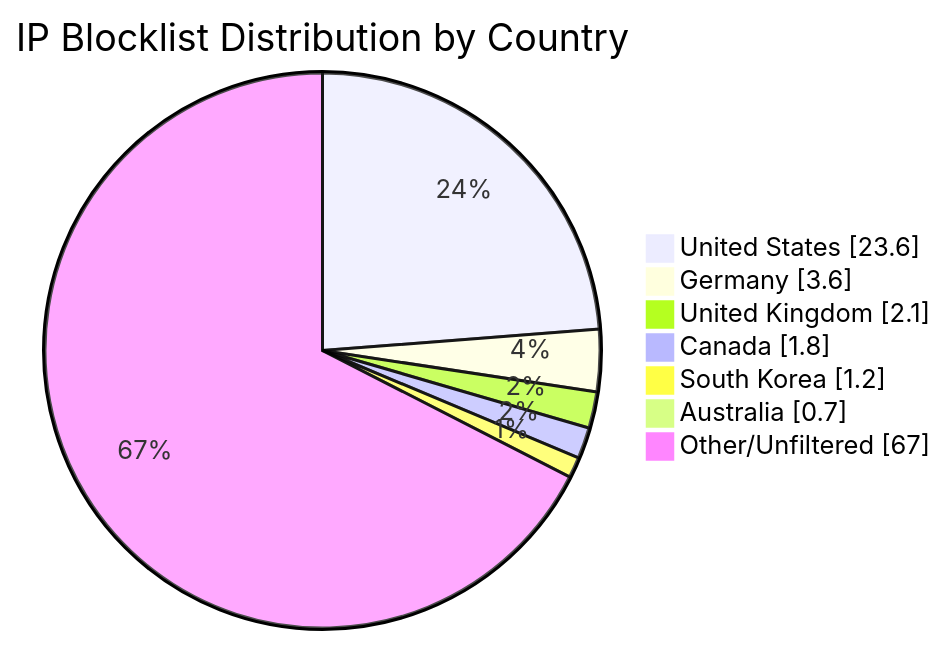
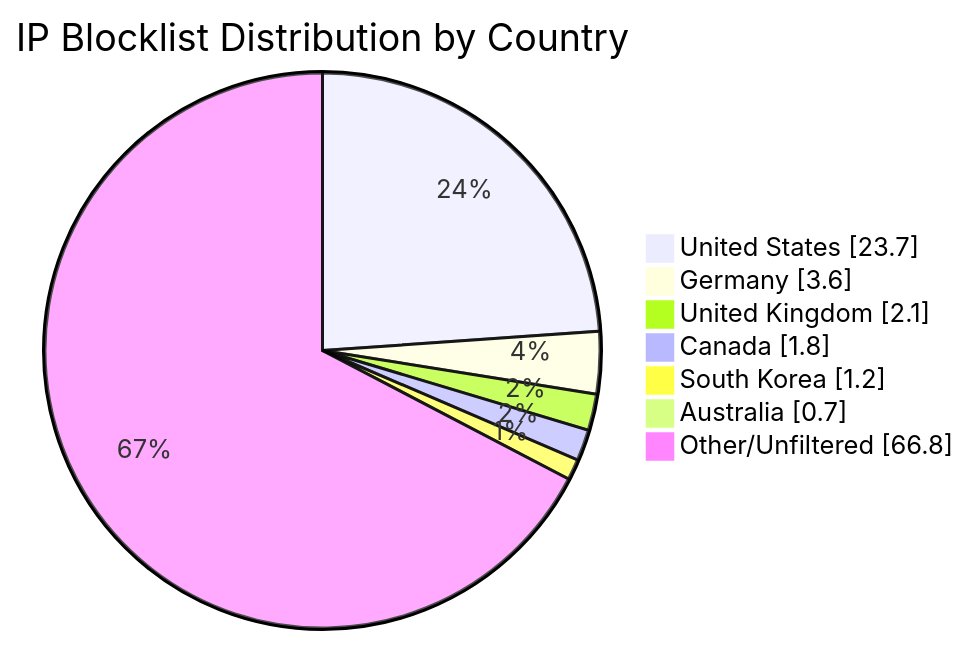
Before and after one commit to MarcusHoltz/ipblocklist-geofiltered-aggregator: the diagram in README.md, drawn with Mermaid. The commit also changed other lines of this file and 9 other files, not shown here.

````diff
--- a/README.md
+++ b/README.md
@@ -34,10 +34,10 @@
 ```mermaid
 pie showData title IP Blocklist Distribution by Country
-"United States" : 23.6
+"United States" : 23.7
 "Germany" : 3.6
 "United Kingdom" : 2.1
 "Canada" : 1.8
 "South Korea" : 1.2
 "Australia" : 0.7
-"Other/Unfiltered" : 67.0
+"Other/Unfiltered" : 66.8
 ```
````
